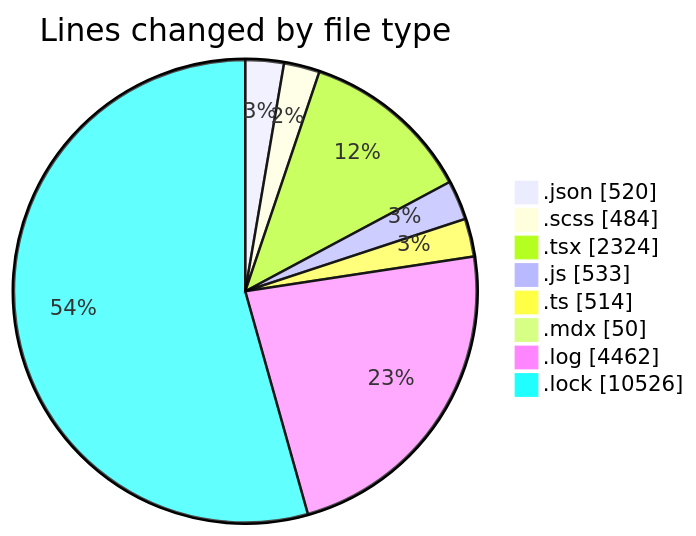
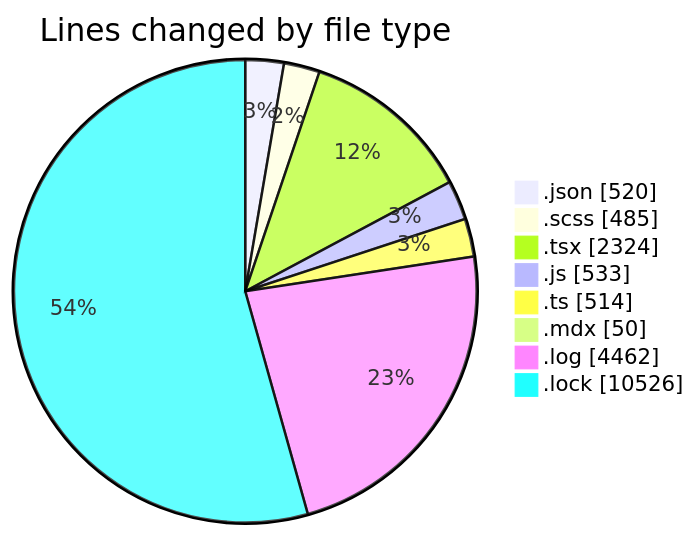
One commit to momahboobian/code-tracking changed the first of 2 diagrams in 2026-04-20/cda/README.md. Above: the diagram before and after it, drawn with Mermaid. The commit also changed other lines of this file and 1 other file, not shown here.

````diff
--- a/2026-04-20/cda/README.md
+++ b/2026-04-20/cda/README.md
@@ -42,12 +42,12 @@
 ```mermaid
 pie showData
 title Lines changed by file type
 ".json" : 520
-".scss" : 484
+".scss" : 485
 ".tsx" : 2324
 ".js" : 533
 ".ts" : 514
 ".mdx" : 50
 ".log" : 4462
 ".lock" : 10526
 ```
````
